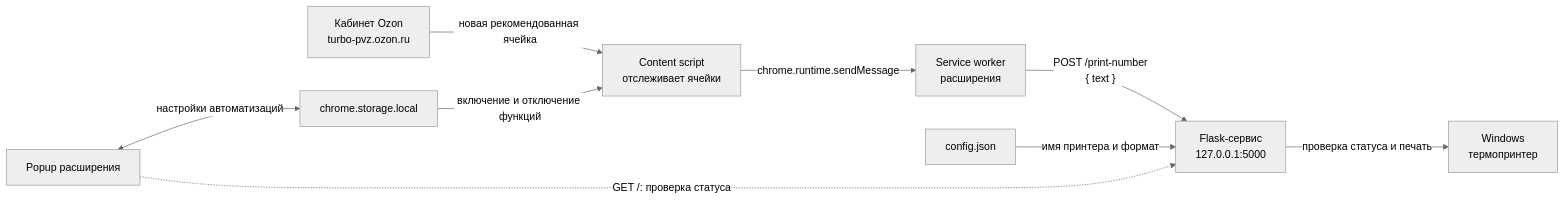
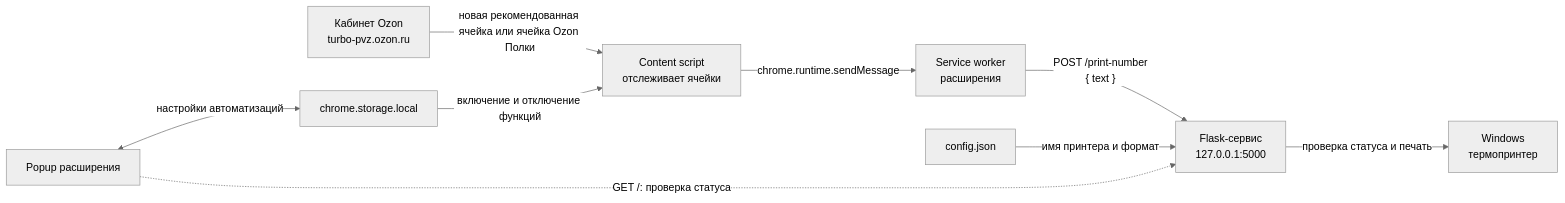
Before and after one commit to kirill18734/PrintNum: the diagram in README.md, drawn with Mermaid (neutral theme). The commit also changed other lines of this file and 3 other files, not shown here.

Commit message:
Добавление функции отправки новых ячеек из колонки «Новая ячейка» на странице Ozon Полки; обновление документации и манифеста расширения.

````diff
--- a/README.md
+++ b/README.md
@@ -300,20 +304,20 @@
 ```mermaid
 flowchart LR
   O["Кабинет Ozon<br/>turbo-pvz.ozon.ru"]
   C["Content script<br/>отслеживает ячейки"]
   B["Service worker<br/>расширения"]
   A["Flask-сервис<br/>127.0.0.1:5000"]
   P["Windows<br/>термопринтер"]
   U["Popup расширения"]
   S["chrome.storage.local"]
   F["config.json"]
 
-  O -->|"новая рекомендованная ячейка"| C
+  O -->|"новая рекомендованная ячейка или ячейка Ozon Полки"| C
   C -->|"chrome.runtime.sendMessage"| B
   B -->|"POST /print-number<br/>{ text }"| A
   F -->|"имя принтера и формат"| A
   A -->|"проверка статуса и печать"| P
   U <-->|"настройки автоматизаций"| S
   S -->|"включение и отключение функций"| C
   U -.->|"GET /: проверка статуса"| A
 ```
````
